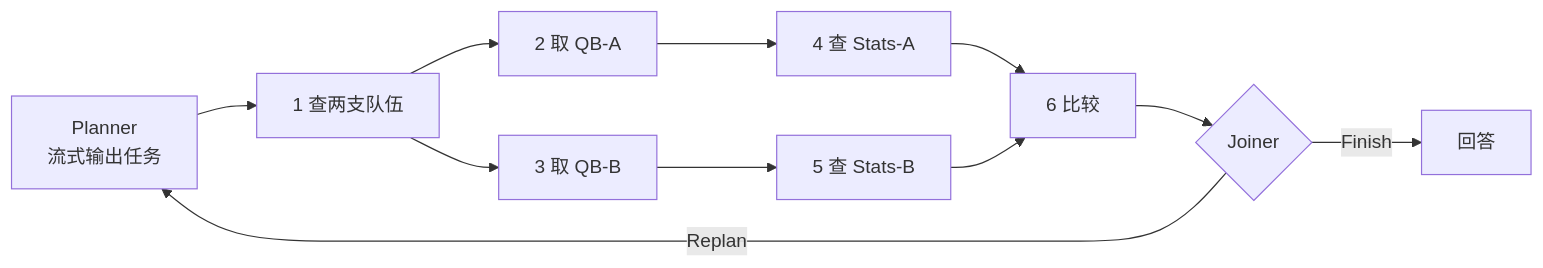
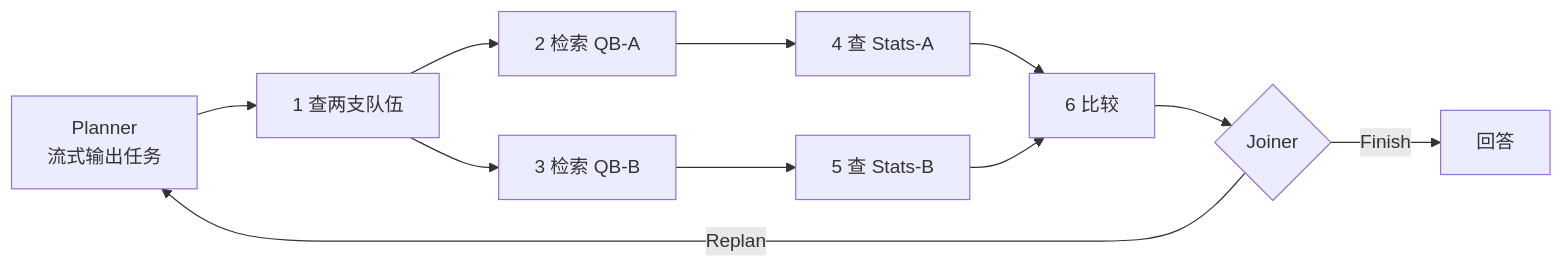
One commit to caiboyang/ML-learning changed the second of 4 diagrams in multi-agent-systems/Multi_Agent_Systems_Research.md. Above: the diagram before and after it, drawn with Mermaid. The commit also changed other lines of this file and 1 other file, not shown here.

Commit message:
docs: address planning architecture feedback

````diff
--- a/multi-agent-systems/Multi_Agent_Systems_Research.md
+++ b/multi-agent-systems/Multi_Agent_Systems_Research.md
@@ -356,13 +363,13 @@
 ```mermaid
 flowchart LR
     P["Planner<br/>流式输出任务"] --> T1["1 查两支队伍"]
-    T1 --> T2["2 取 QB-A"]
-    T1 --> T3["3 取 QB-B"]
+    T1 --> T2["2 检索 QB-A"]
+    T1 --> T3["3 检索 QB-B"]
     T2 --> T4["4 查 Stats-A"]
     T3 --> T5["5 查 Stats-B"]
     T4 --> T6["6 比较"]
     T5 --> T6
     T6 --> J{"Joiner"}
     J -- "Finish" --> F["回答"]
     J -- "Replan" --> P
 ```
````
